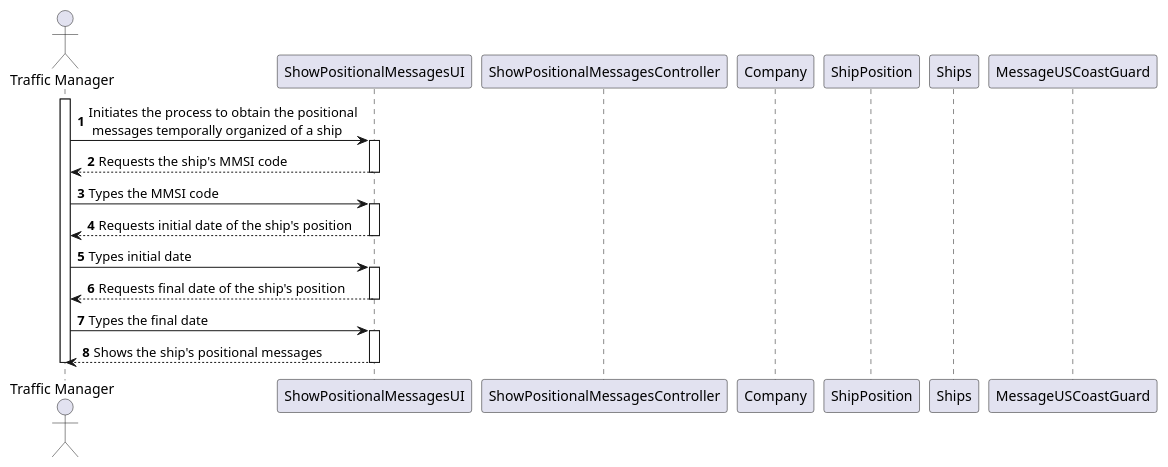
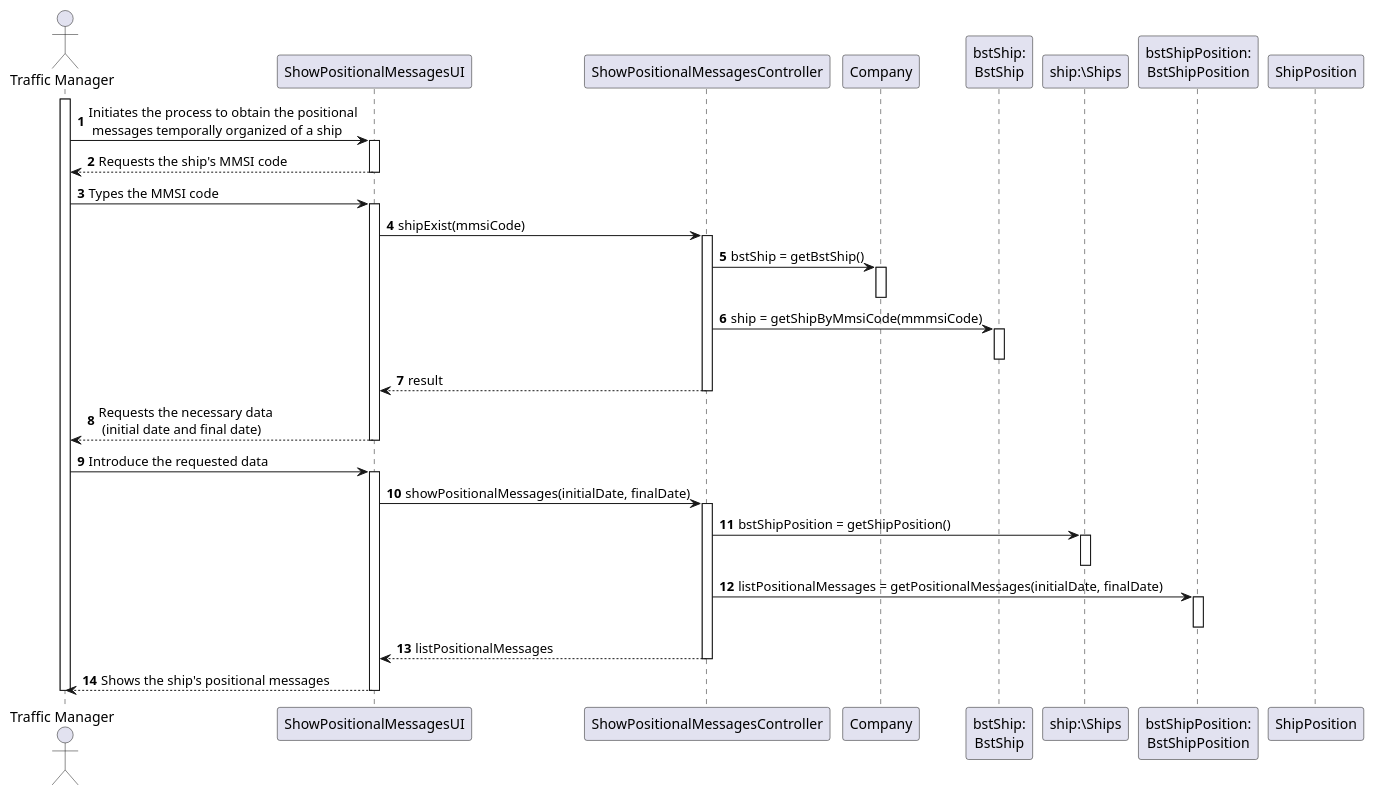
Before and after one commit to 0franciscor/lapr3-2021-g042: the diagram in docs/US103/US103_SD.puml, drawn with PlantUML. The commit also changed 6 other files, not shown here.

```diff
--- a/docs/US103/US103_SD.puml
+++ b/docs/US103/US103_SD.puml
@@ -1,37 +1,54 @@
 @startuml
 'https://plantuml.com/sequence-diagram
 
 autonumber
 actor "Traffic Manager" as TM
 
 participant "ShowPositionalMessagesUI" as UI
 participant "ShowPositionalMessagesController" as CTRL
 participant "Company" as COMP
+participant "bstShip:\nBstShip" as BstShip
+participant "ship:\Ships" as S
+participant "bstShipPosition:\nBstShipPosition" as BstPosition
 participant "ShipPosition" as SP
-participant "Ships" as S
-participant "MessageUSCoastGuard" as Message
 
 
 activate TM
-TM -> "UI" : Initiates the process to obtain the positional\n messages temporally organized of a ship
-activate "UI"
-"UI" --> TM : Requests the ship's MMSI code
-deactivate "UI"
-TM -> "UI" : Types the MMSI code
-activate "UI"
-"UI" --> TM : Requests initial date of the ship's position
-deactivate "UI"
-TM -> "UI" : Types initial date
-activate "UI"
-"UI" --> TM : Requests final date of the ship's position
-deactivate "UI"
-TM -> "UI" : Types the final date
-activate "UI"
-"UI" --> TM : Shows the ship's positional messages
-deactivate "UI"
+TM -> UI : Initiates the process to obtain the positional\n messages temporally organized of a ship
+activate UI
+UI --> TM : Requests the ship's MMSI code
+deactivate UI
+TM -> UI : Types the MMSI code
+activate UI
+UI-> CTRL: shipExist(mmsiCode)
+activate CTRL
+CTRL -> COMP : bstShip = getBstShip()
+activate COMP
+deactivate COMP
+CTRL -> BstShip : ship = getShipByMmsiCode(mmmsiCode)
+activate BstShip
+deactivate BstShip
+CTRL --> UI : result
+deactivate CTRL
+UI --> TM : Requests the necessary data \n (initial date and final date)
+deactivate UI
+TM -> UI : Introduce the requested data
+activate UI
+UI -> CTRL: showPositionalMessages(initialDate, finalDate)
+activate CTRL
+CTRL -> S : bstShipPosition = getShipPosition()
+activate S
+deactivate S
+CTRL -> BstPosition : listPositionalMessages = getPositionalMessages(initialDate, finalDate)
+activate BstPosition
+deactivate BstPosition
+CTRL --> UI: listPositionalMessages
+deactivate CTRL
+UI --> TM : Shows the ship's positional messages
+deactivate UI
 
 deactivate TM
 
 
 
 @enduml
```
